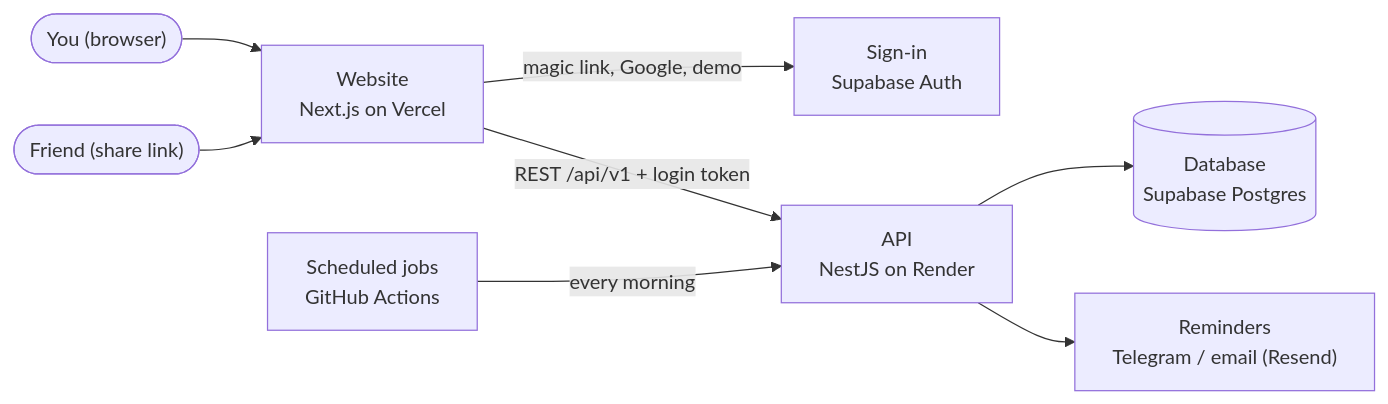
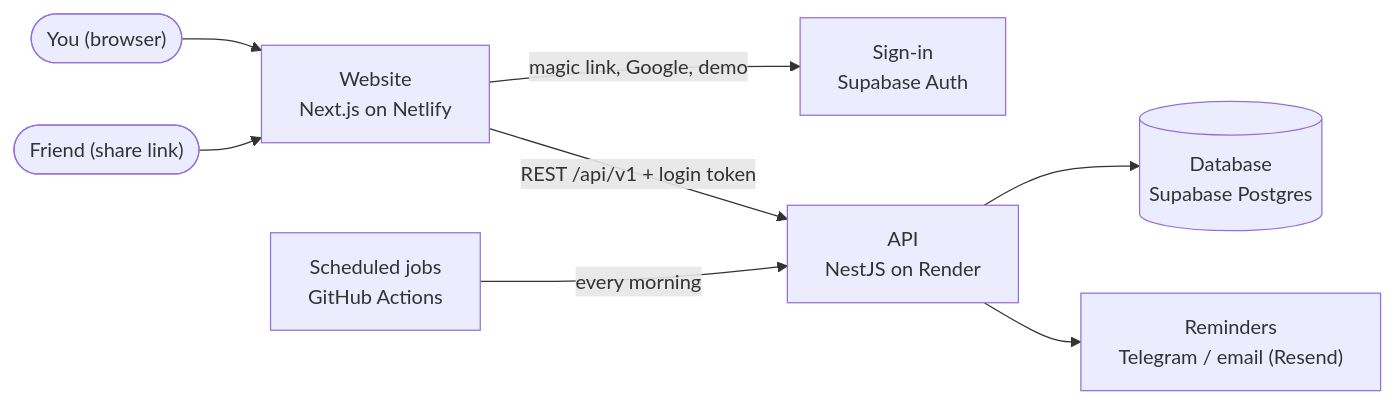
One commit to Khahaha10/coinbook changed the diagram in README.md. Above: the diagram before and after it, drawn with Mermaid. The commit also changed other lines of this file and 2 other files, not shown here.

Commit message:
chore: netlify and render deploy config

````diff
--- a/README.md
+++ b/README.md
@@ -69,19 +69,19 @@
 ```mermaid
 flowchart LR
     user(["You (browser)"])
     friend(["Friend (share link)"])
-    web["Website<br/>Next.js on Vercel"]
+    web["Website<br/>Next.js on Netlify"]
     api["API<br/>NestJS on Render"]
     auth["Sign-in<br/>Supabase Auth"]
     db[("Database<br/>Supabase Postgres")]
     gh["Scheduled jobs<br/>GitHub Actions"]
     notify["Reminders<br/>Telegram / email (Resend)"]
 
     user --> web
     friend --> web
     web -- "magic link, Google, demo" --> auth
     web -- "REST /api/v1 + login token" --> api
     api --> db
     gh -- "every morning" --> api
     api --> notify
 ```
````
